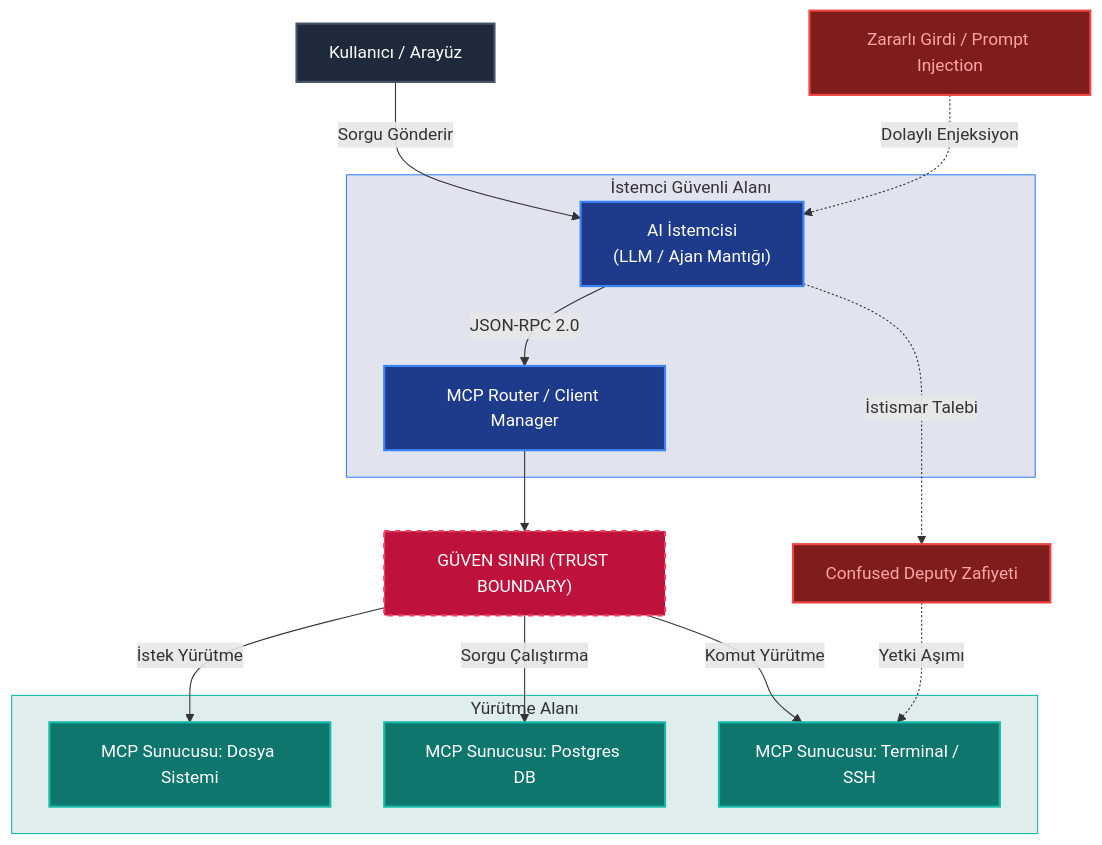
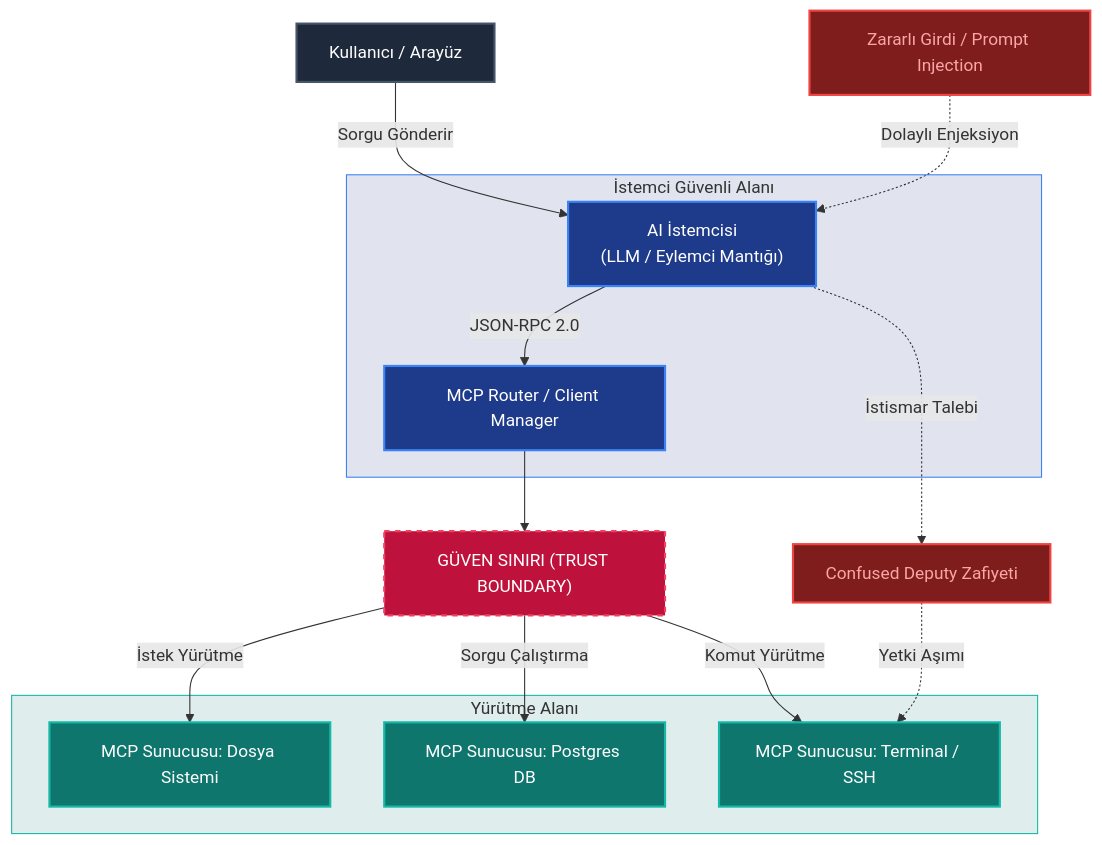
One commit to yusufarbc/yusufarbc changed the diagram in website/content/agentic-ai-protocols-security-vulnerabilities/tr.md. Above: the diagram before and after it, drawn with Mermaid. The commit also changed other lines of this file and 9 other files, not shown here.

````diff
--- a/website/content/agentic-ai-protocols-security-vulnerabilities/tr.md
+++ b/website/content/agentic-ai-protocols-security-vulnerabilities/tr.md
@@ -23,44 +23,44 @@
 ```mermaid
 graph TD
     %% Styling
     classDef user fill:#1e293b,stroke:#475569,stroke-width:2px,color:#fff;
     classDef client fill:#1e3a8a,stroke:#3b82f6,stroke-width:2px,color:#fff;
     classDef boundary fill:#be123c,stroke:#f43f5e,stroke-width:2px,color:#fff,stroke-dasharray: 5 5;
     classDef server fill:#0f766e,stroke:#14b8a6,stroke-width:2px,color:#fff;
     classDef attack fill:#7f1d1d,stroke:#ef4444,stroke-width:2px,color:#fca5a5;
 
     User[Kullanıcı / Arayüz]:::user
     
     subgraph ClientZone [İstemci Güvenli Alanı]
-        Client["AI İstemcisi <br/>(LLM / Ajan Mantığı)"]:::client
+        Client["AI İstemcisi <br/>(LLM / Eylemci Mantığı)"]:::client
         Router["MCP Router / Client Manager"]:::client
     end
 
     TB["GÜVEN SINIRI (TRUST BOUNDARY)"]:::boundary
 
     subgraph TargetZone [Yürütme Alanı]
         S_Env["MCP Sunucusu: Dosya Sistemi"]:::server
         S_Db["MCP Sunucusu: Postgres DB"]:::server
         S_Term["MCP Sunucusu: Terminal / SSH"]:::server
     end
 
     %% Saldırı Vektörleri
     Attacker["Zararlı Girdi / Prompt Injection"]:::attack
     Confused["Confused Deputy Zafiyeti"]:::attack
 
     %% İletişim Akışı
     User -->|Sorgu Gönderir| Client
     Client -->|JSON-RPC 2.0| Router
     Router --> TB
     TB -->|İstek Yürütme| S_Env
     TB -->|Sorgu Çalıştırma| S_Db
     TB -->|Komut Yürütme| S_Term
 
     %% Saldırı Etkileşimi
     Attacker -.->|Dolaylı Enjeksiyon| Client
     Client -.->|İstismar Talebi| Confused
     Confused -.->|Yetki Aşımı| S_Term
 
     style ClientZone fill:#1e3a8a22,stroke:#3b82f6,stroke-width:1px
     style TargetZone fill:#0f766e22,stroke:#14b8a6,stroke-width:1px
 ```
````
